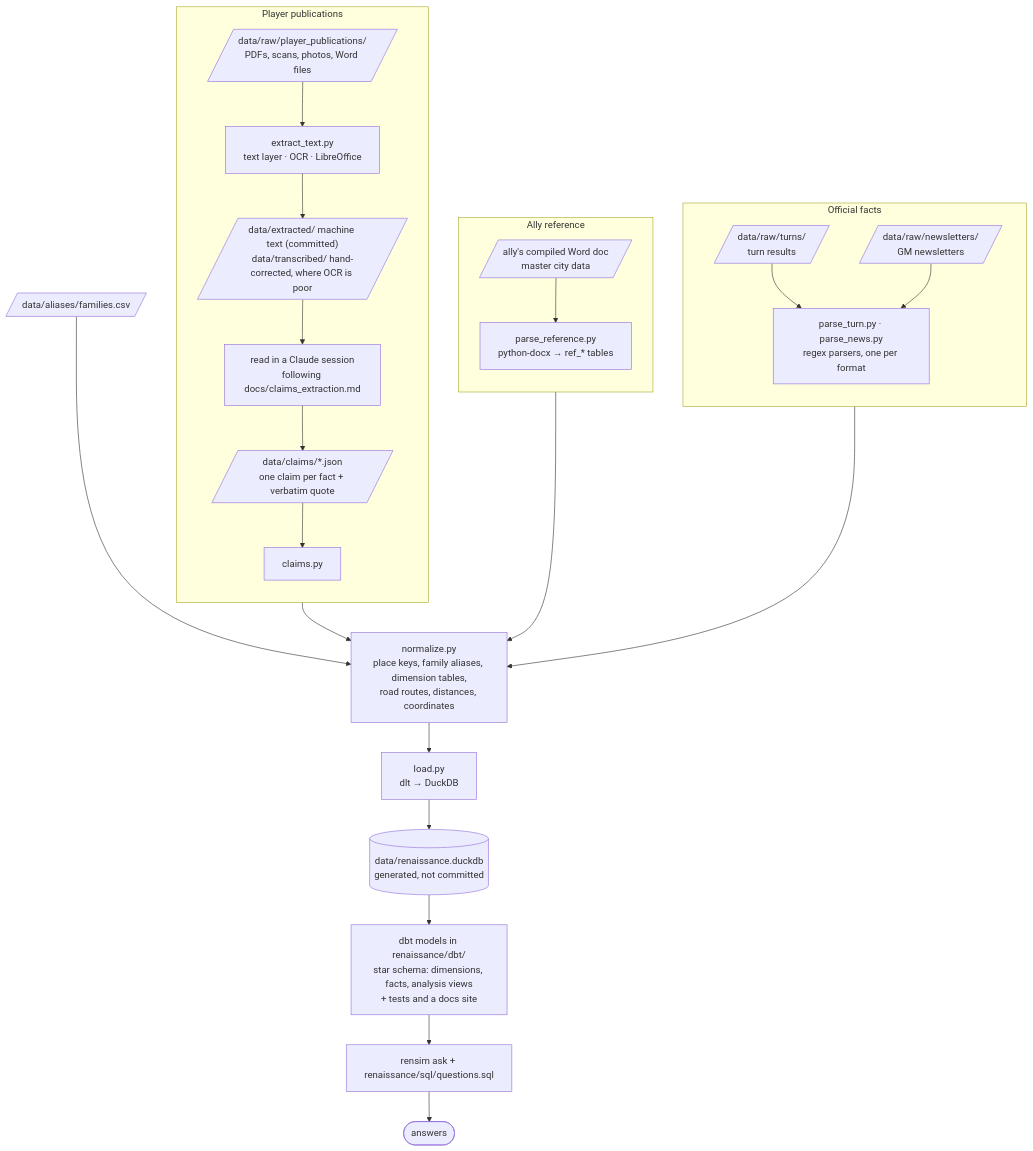
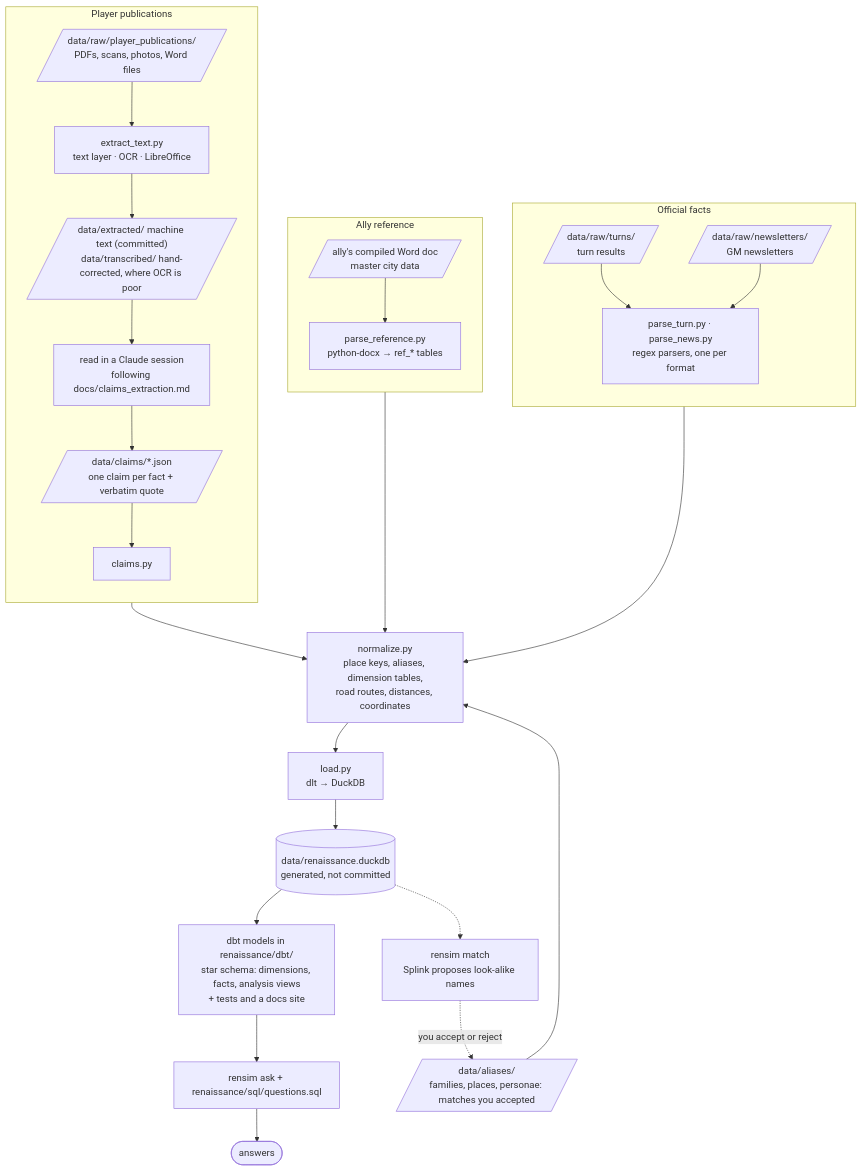
The first of 2 diagrams in docs/architecture.md (matt-a-t/rensim-tools), drawn with Mermaid before and after one commit. The commit also changed other lines of this file and 16 other files, not shown here.

````diff
--- a/docs/architecture.md
+++ b/docs/architecture.md
@@ -8,43 +8,45 @@
 ```mermaid
 flowchart TB
   subgraph official[Official facts]
     direction TB
     turns[/"data/raw/turns/<br/>turn results"/]
     news[/"data/raw/newsletters/<br/>GM newsletters"/]
     pturn["parse_turn.py · parse_news.py<br/>regex parsers, one per format"]
     turns --> pturn
     news --> pturn
   end
 
   subgraph ally[Ally reference]
     direction TB
     refdoc[/"ally's compiled Word doc<br/>master city data"/]
     pref["parse_reference.py<br/>python-docx → ref_* tables"]
     refdoc --> pref
   end
 
   subgraph claims[Player publications]
     direction TB
     pubs[/"data/raw/player_publications/<br/>PDFs, scans, photos, Word files"/]
     extract["extract_text.py<br/>text layer · OCR · LibreOffice"]
     text[/"data/extracted/ machine text (committed)<br/>data/transcribed/ hand-corrected, where OCR is poor"/]
     session["read in a Claude session<br/>following docs/claims_extraction.md"]
     cjson[/"data/claims/*.json<br/>one claim per fact + verbatim quote"/]
     pclaims["claims.py"]
     pubs --> extract --> text --> session --> cjson --> pclaims
   end
 
-  aliases[/"data/aliases/families.csv"/]
-  normalize["normalize.py<br/>place keys, family aliases, dimension tables,<br/>road routes, distances, coordinates"]
+  aliases[/"data/aliases/<br/>families, places, personae: matches you accepted"/]
+  normalize["normalize.py<br/>place keys, aliases, dimension tables,<br/>road routes, distances, coordinates"]
   load["load.py<br/>dlt → DuckDB"]
   db[("data/renaissance.duckdb<br/>generated, not committed")]
   views["dbt models in renaissance/dbt/<br/>star schema: dimensions, facts, analysis views<br/>+ tests and a docs site"]
   ask["rensim ask + renaissance/sql/questions.sql"]
   answers(["answers"])
 
   pturn --> normalize
   pref --> normalize
   pclaims --> normalize
   aliases --> normalize
   normalize --> load --> db --> views --> ask --> answers
+  match["rensim match<br/>Splink proposes look-alike names"]
+  db -.-> match -.->|"you accept or reject"| aliases
 ```
````
